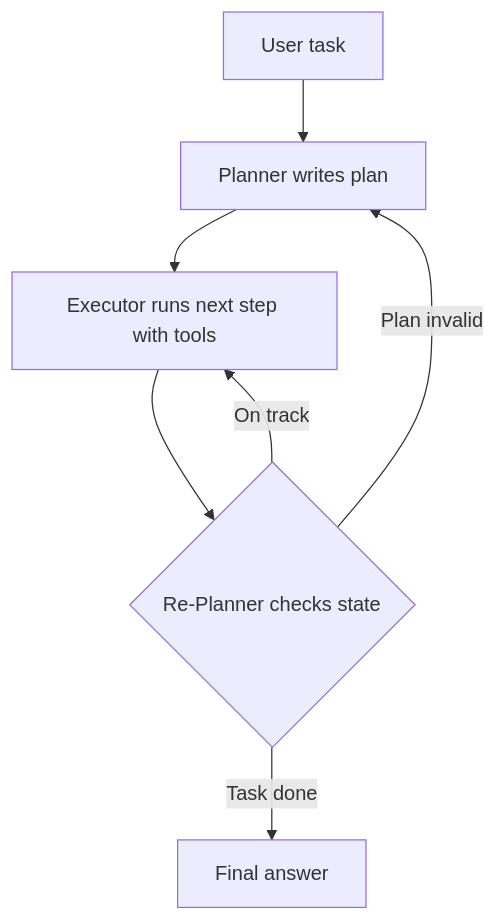
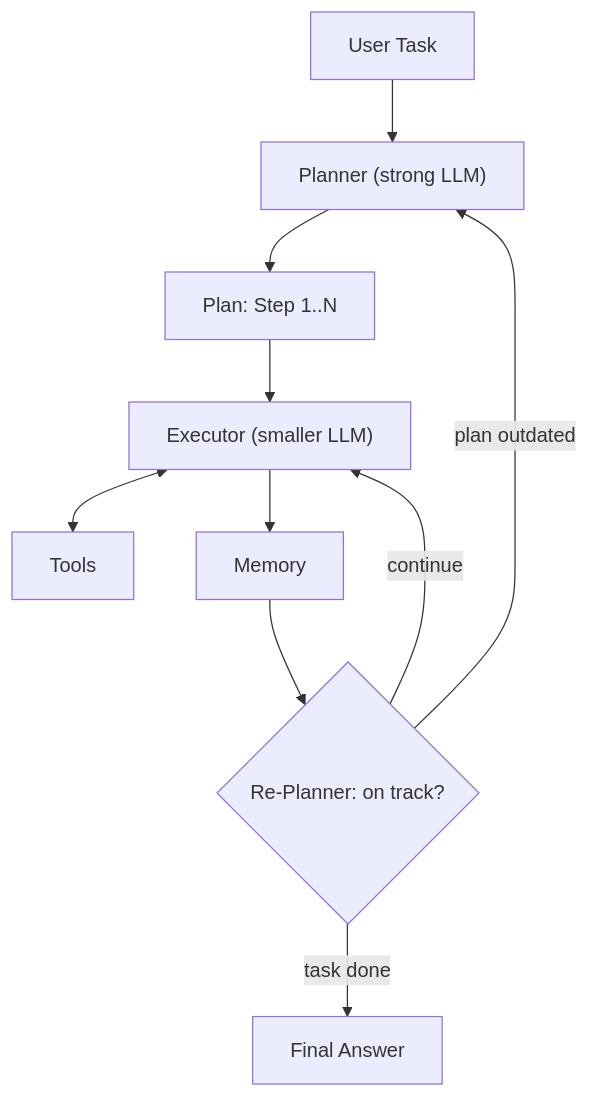
The first of 2 diagrams in notes/step-10-ai-agents-and-agentic-systems/123-plan-and-execute-agent.md (kaisarnajar/outcome-school-blogs), drawn with Mermaid before and after one commit. The commit also changed other lines of this file and 233 other files, not shown here.

````diff
--- a/notes/step-10-ai-agents-and-agentic-systems/123-plan-and-execute-agent.md
+++ b/notes/step-10-ai-agents-and-agentic-systems/123-plan-and-execute-agent.md
@@ -48,9 +50,12 @@
 ```mermaid
 flowchart TD
-    T["User task"] --> P["Planner writes plan"]
-    P --> E["Executor runs next step with tools"]
-    E --> R{"Re-Planner checks state"}
-    R -->|"On track"| E
-    R -->|"Plan invalid"| P
-    R -->|"Task done"| F["Final answer"]
+    U["User Task"] --> P["Planner (strong LLM)"]
+    P --> PL["Plan: Step 1..N"]
+    PL --> E["Executor (smaller LLM)"]
+    E <--> T["Tools"]
+    E --> M["Memory"]
+    M --> R{"Re-Planner: on track?"}
+    R -->|"continue"| E
+    R -->|"plan outdated"| P
+    R -->|"task done"| F["Final Answer"]
 ```
````
